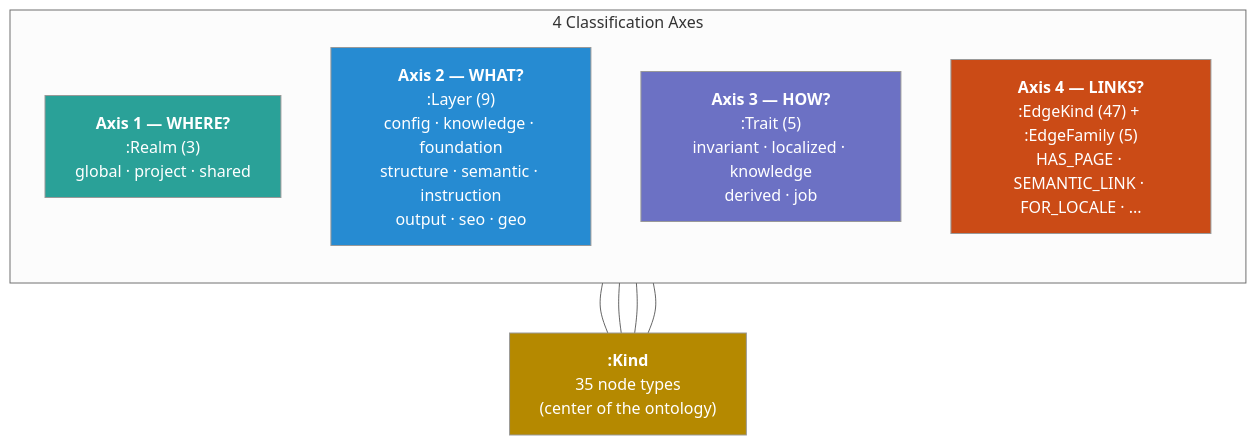
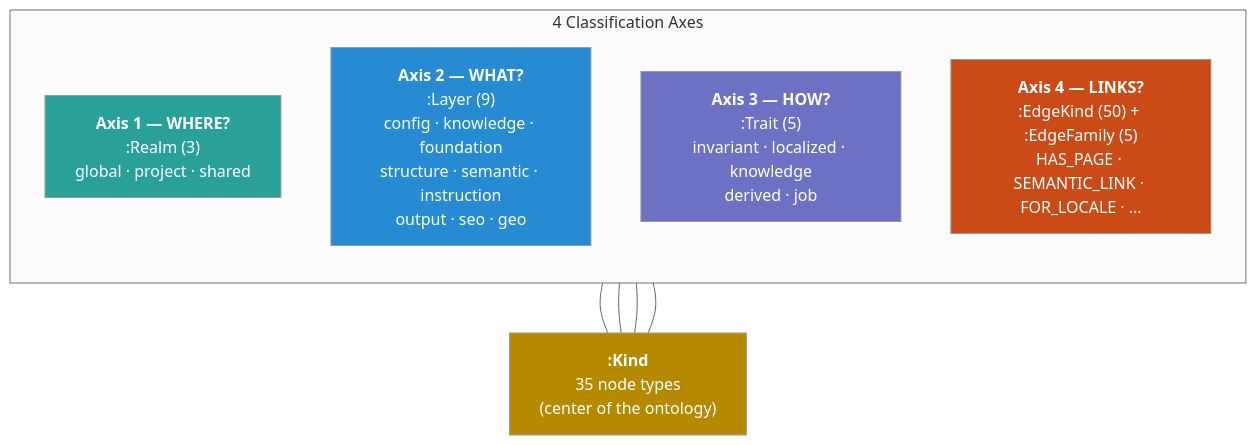
The second of 8 diagrams in docs/ONTOLOGY-V9.md (supernovae-st/novanet), drawn with Mermaid (neutral theme) before and after one commit. The commit also changed other lines of this file and 57 other files, not shown here.

````diff
--- a/docs/ONTOLOGY-V9.md
+++ b/docs/ONTOLOGY-V9.md
@@ -107,23 +107,23 @@
 ```mermaid
 flowchart TB
   subgraph AXES["4 Classification Axes"]
     direction TB
     A1["<b>Axis 1 — WHERE?</b>\n:Realm (3)\nglobal · project · shared"]
     A2["<b>Axis 2 — WHAT?</b>\n:Layer (9)\nconfig · knowledge · foundation\nstructure · semantic · instruction\noutput · seo · geo"]
     A3["<b>Axis 3 — HOW?</b>\n:Trait (5)\ninvariant · localized · knowledge\nderived · job"]
-    A4["<b>Axis 4 — LINKS?</b>\n:EdgeKind (47) + :EdgeFamily (5)\nHAS_PAGE · SEMANTIC_LINK · FOR_LOCALE · ..."]
+    A4["<b>Axis 4 — LINKS?</b>\n:EdgeKind (50) + :EdgeFamily (5)\nHAS_PAGE · SEMANTIC_LINK · FOR_LOCALE · ..."]
   end
 
   KIND["<b>:Kind</b>\n35 node types\n(center of the ontology)"]
 
   A1 --- KIND
   A2 --- KIND
   A3 --- KIND
   A4 --- KIND
 
   style A1 fill:#2aa198,color:#fff
   style A2 fill:#268bd2,color:#fff
   style A3 fill:#6c71c4,color:#fff
   style A4 fill:#cb4b16,color:#fff
   style KIND fill:#b58900,color:#fff
 ```
````
